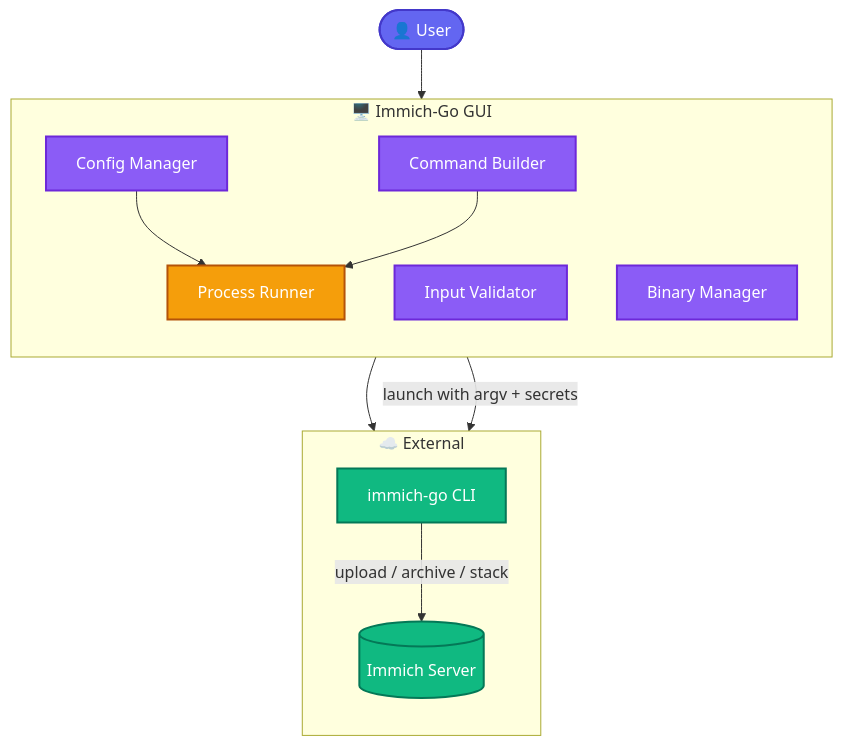
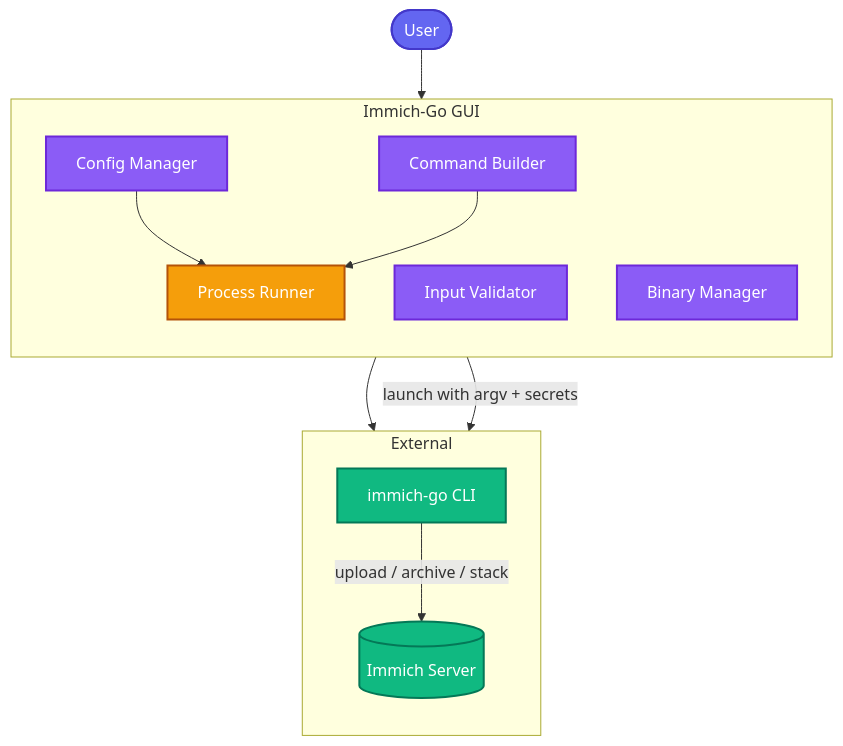
Before and after one commit to shitan198u/immich-go-gui: the diagram in docs/README.md, drawn with Mermaid. The commit also changed other lines of this file and 21 other files, not shown here.

````diff
--- a/docs/README.md
+++ b/docs/README.md
@@ -125,32 +125,32 @@
 ```mermaid
 flowchart TB
     classDef userStyle fill:#6366f1,stroke:#4338ca,color:#fff,stroke-width:2px
     classDef guiStyle fill:#0ea5e9,stroke:#0369a1,color:#fff,stroke-width:2px
     classDef coreStyle fill:#8b5cf6,stroke:#6d28d9,color:#fff,stroke-width:2px
     classDef runStyle fill:#f59e0b,stroke:#b45309,color:#fff,stroke-width:2px
     classDef extStyle fill:#10b981,stroke:#047857,color:#fff,stroke-width:2px
 
-    User([👤 User]):::userStyle
+    User([User]):::userStyle
 
-    subgraph GUILayer["🖥️  Immich-Go GUI"]
+    subgraph GUILayer["Immich-Go GUI"]
         direction TB
         Config[Config Manager]:::coreStyle
         Builder[Command Builder]:::coreStyle
         Validator[Input Validator]:::coreStyle
         BinMgr[Binary Manager]:::coreStyle
         Process[Process Runner]:::runStyle
     end
 
-    subgraph External["☁️  External"]
+    subgraph External["External"]
         direction TB
         Binary[immich-go CLI]:::extStyle
         Server[(Immich Server)]:::extStyle
     end
 
     User --> GUILayer
     Config --> Process
     Builder --> Process
     BinMgr --> Binary
     Process -->|launch with argv + secrets| Binary
     Binary -->|upload / archive / stack| Server
 ```
````
